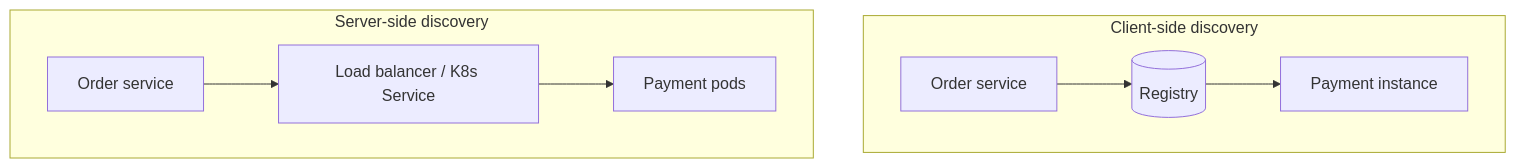
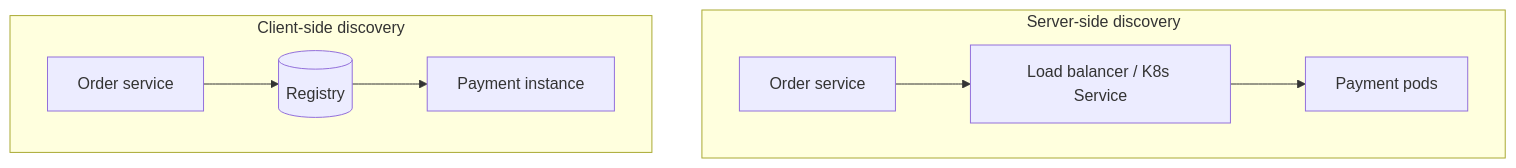
The tenth of 22 diagrams in 08-microservices/README.md (hareramcse/SystemDesign), drawn with Mermaid before and after one commit. The commit also changed other lines of this file and 14 other files, not shown here.

````diff
--- a/08-microservices/README.md
+++ b/08-microservices/README.md
@@ -1491,11 +961,14 @@
 ```mermaid
-flowchart TB
-    subgraph client [Client-side discovery]
+flowchart LR
+    subgraph ClientSide["Client-side discovery"]
+        direction LR
         O1[Order service] --> R1[(Registry)]
         R1 --> P1[Payment instance]
     end
-    subgraph server [Server-side discovery]
+    subgraph ServerSide["Server-side discovery"]
+        direction LR
         O2[Order service] --> LB[Load balancer / K8s Service]
         LB --> P2[Payment pods]
     end
+    ClientSide ~~~ ServerSide
 ```
````
